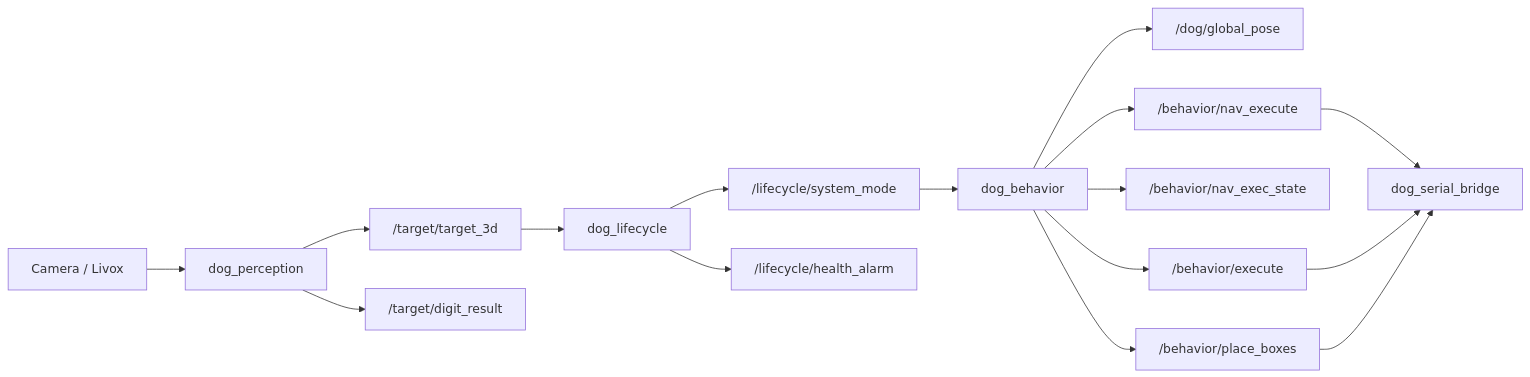
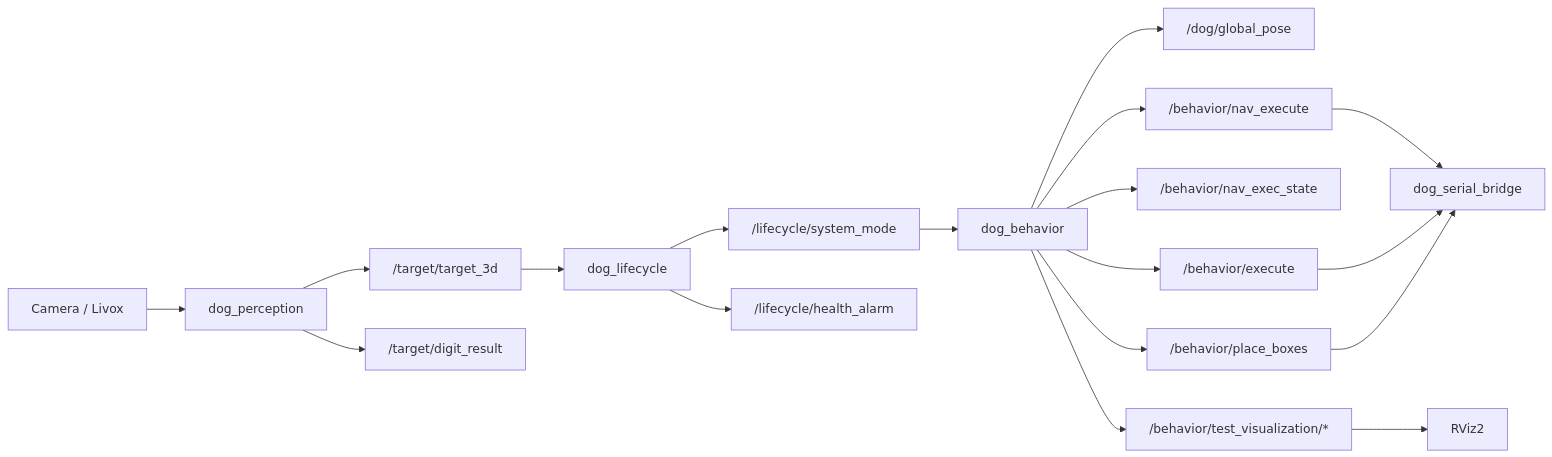
Before and after one commit to Phoenix-064/Dog: the diagram in README.md, drawn with Mermaid. The commit also changed other lines of this file and 13 other files, not shown here.

Commit message:
feat(dog_behavior): add test mode navigation visualization

```diff
--- a/README.md
+++ b/README.md
@@ -185,18 +204,20 @@
 ~~~mermaid
 flowchart LR
   A[Camera / Livox] --> B[dog_perception]
   B --> C["/target/target_3d"]
   B --> D["/target/digit_result"]
   C --> E[dog_lifecycle]
   E --> F["/lifecycle/system_mode"]
   E --> G["/lifecycle/health_alarm"]
   F --> H[dog_behavior]
   H --> I["/dog/global_pose"]
   H --> J["/behavior/nav_execute"]
   H --> K["/behavior/nav_exec_state"]
+  H --> O["/behavior/test_visualization/*"]
   H --> L["/behavior/execute"]
   H --> M["/behavior/place_boxes"]
   J --> N[dog_serial_bridge]
+  O --> P[RViz2]
   L --> N
   M --> N
 ~~~
```
